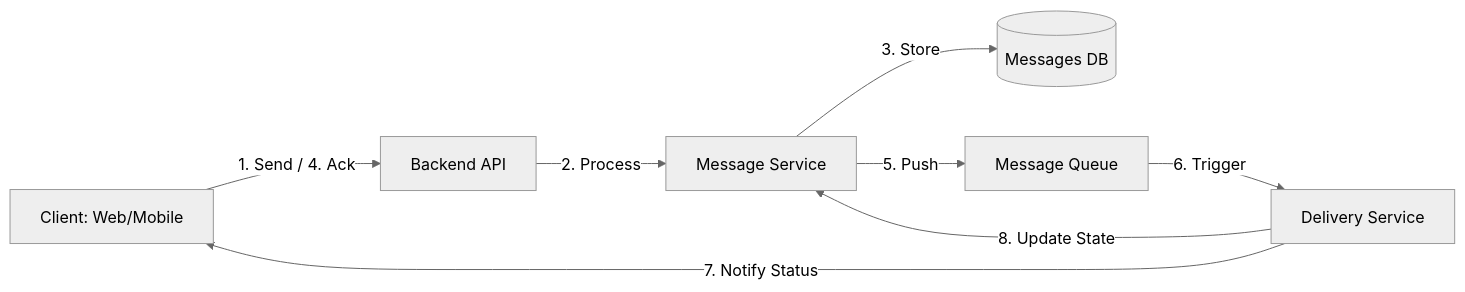
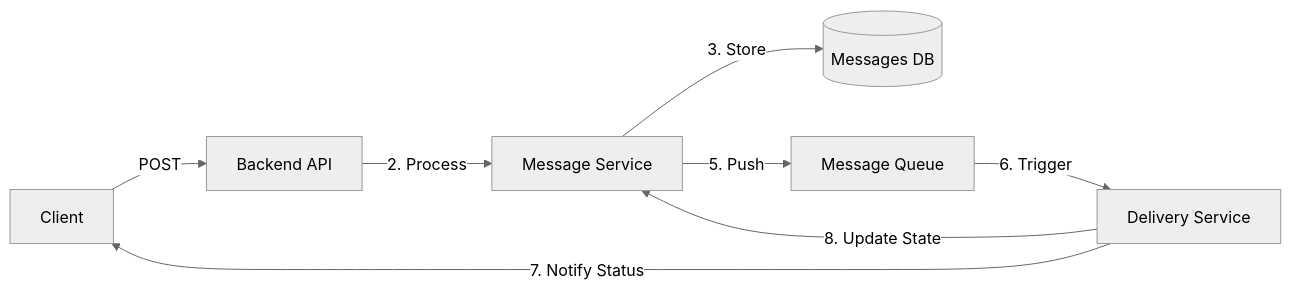
One commit to artembaranovsky1/Software-Design-and-Documentation_lab-1.1 changed the diagram in README.md. Above: the diagram before and after it, drawn with Mermaid (neutral theme). The commit also changed other lines of this file, not shown here.

````diff
--- a/README.md
+++ b/README.md
@@ -4,10 +4,10 @@
 ```mermaid
 graph LR
-    Client[Client: Web/Mobile] -- 1. Send / 4. Ack --> API[Backend API]
+    Client -- POST --> API[Backend API]
     API -- 2. Process --> MS[Message Service]
     MS -- 3. Store --> DB[(Messages DB)]
     MS -- 5. Push --> Queue[Message Queue]
     Queue -- 6. Trigger --> DS[Delivery Service]
     DS -- 7. Notify Status --> Client
     DS -- 8. Update State --> MS
 ```
````
